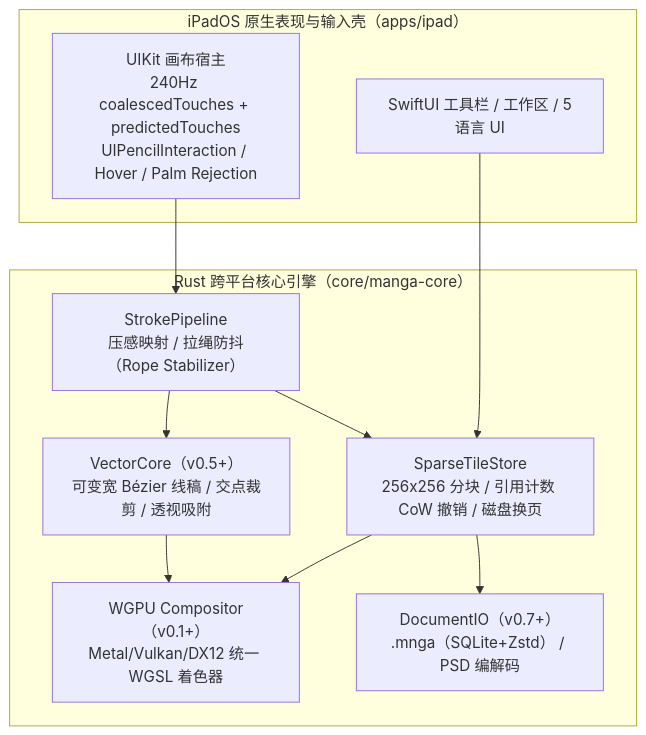
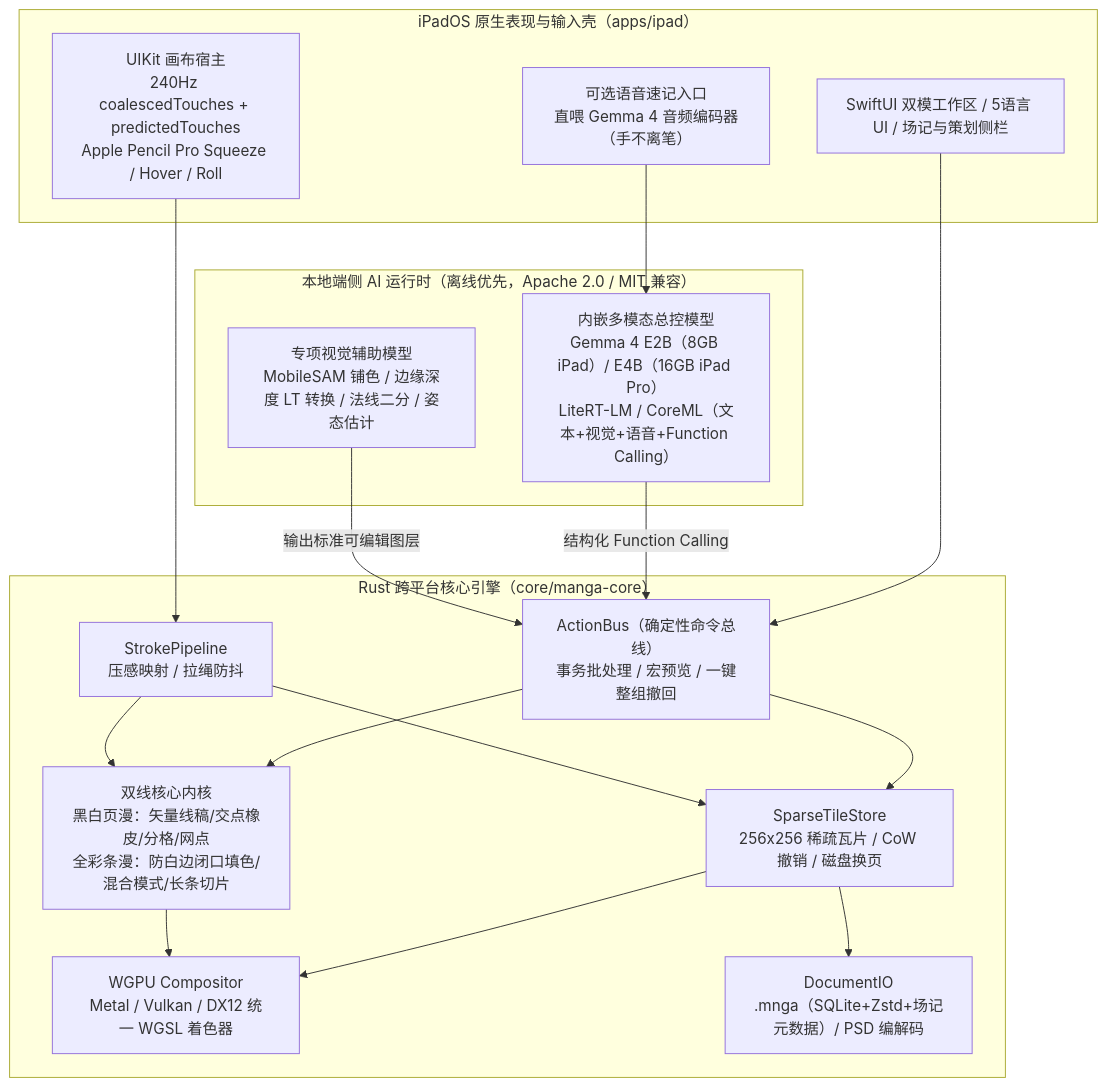
Before and after one commit to 70sDushuren/About-Paint-Tools: the diagram in docs/zh-CN/02-architecture-and-tech-stack.md, drawn with Mermaid. The commit also changed other lines of this file and 15 other files, not shown here.

First line of the commit message:
docs: add dual-track priority, embedded Gemma 4 local AI spec, and WBS task breakdown

````diff
--- a/docs/zh-CN/02-architecture-and-tech-stack.md
+++ b/docs/zh-CN/02-architecture-and-tech-stack.md
@@ -40,23 +40,35 @@
 ```mermaid
 flowchart TD
     subgraph Shell["iPadOS 原生表现与输入壳（apps/ipad）"]
-        View["SwiftUI 工具栏 / 工作区 / 5语言 UI"]
-        Touch["UIKit 画布宿主<br/>240Hz coalescedTouches + predictedTouches<br/>UIPencilInteraction / Hover / Palm Rejection"]
+        View["SwiftUI 双模工作区 / 5语言 UI / 场记与策划侧栏"]
+        Touch["UIKit 画布宿主<br/>240Hz coalescedTouches + predictedTouches<br/>Apple Pencil Pro Squeeze / Hover / Roll"]
+        Voice["可选语音速记入口<br/>直喂 Gemma 4 音频编码器（手不离笔）"]
     end
 
     subgraph Engine["Rust 跨平台核心引擎（core/manga-core）"]
-        Stroke["StrokePipeline<br/>压感映射 / 拉绳防抖（Rope Stabilizer）"]
-        Tiles["SparseTileStore<br/>256x256 分块 / 引用计数 CoW 撤销 / 磁盘换页"]
-        Vec["VectorCore（v0.5+）<br/>可变宽 Bézier 线稿 / 交点裁剪 / 透视吸附"]
-        GPU["WGPU Compositor（v0.1+）<br/>Metal/Vulkan/DX12 统一 WGSL 着色器"]
-        Doc["DocumentIO（v0.7+）<br/>.mnga（SQLite+Zstd） / PSD 编解码"]
+        Bus["ActionBus（确定性命令总线）<br/>事务批处理 / 宏预览 / 一键整组撤回"]
+        Stroke["StrokePipeline<br/>压感映射 / 拉绳防抖"]
+        Tiles["SparseTileStore<br/>256x256 稀疏瓦片 / CoW 撤销 / 磁盘换页"]
+        Manga["双线核心内核<br/>黑白页漫：矢量线稿/交点橡皮/分格/网点<br/>全彩条漫：防白边闭口填色/混合模式/长条切片"]
+        GPU["WGPU Compositor<br/>Metal / Vulkan / DX12 统一 WGSL 着色器"]
+        Doc["DocumentIO<br/>.mnga（SQLite+Zstd+场记元数据）/ PSD 编解码"]
+    end
+
+    subgraph LocalAI["本地端侧 AI 运行时（离线优先，Apache 2.0 / MIT 兼容）"]
+        Gemma["内嵌多模态总控模型<br/>Gemma 4 E2B（8GB iPad）/ E4B（16GB iPad Pro）<br/>LiteRT-LM / CoreML（文本+视觉+语音+Function Calling）"]
+        Vision["专项视觉辅助模型<br/>MobileSAM 铺色 / 边缘深度 LT 转换 / 法线二分 / 姿态估计"]
     end
 
     Touch --> Stroke
-    View --> Tiles
+    View --> Bus
+    Voice --> Gemma
+    Gemma -- "结构化 Function Calling" --> Bus
+    Vision -- "输出标准可编辑图层" --> Bus
+    Bus --> Tiles
+    Bus --> Manga
     Stroke --> Tiles
-    Stroke --> Vec
+    Stroke --> Manga
     Tiles --> GPU
-    Vec --> GPU
+    Manga --> GPU
     Tiles --> Doc
 ```
````
